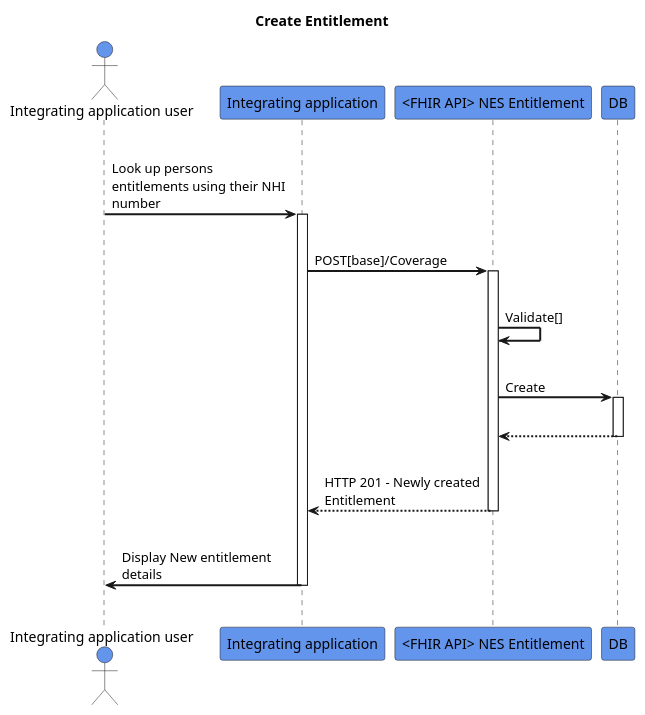
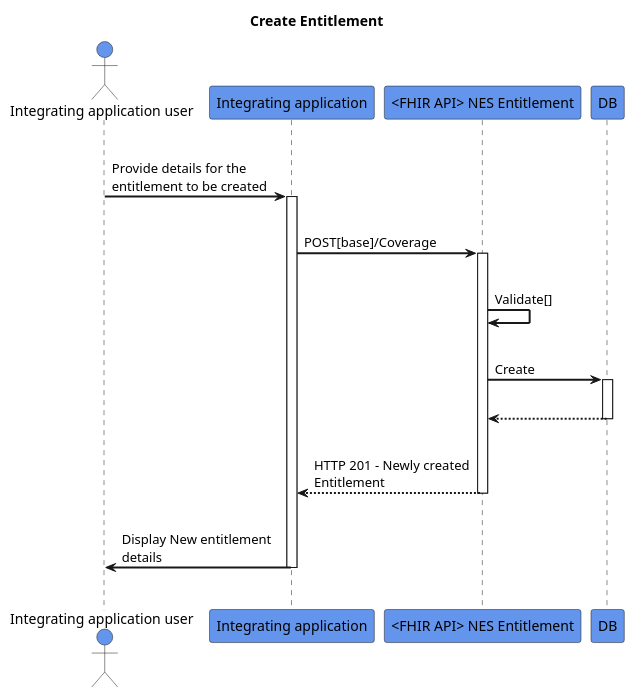
One commit to HL7NZ/nes-ig changed the diagram in input/images-source/create-entitlement.plantuml. Above: the diagram before and after it, drawn with PlantUML.

```diff
--- a/input/images-source/create-entitlement.plantuml
+++ b/input/images-source/create-entitlement.plantuml
@@ -1,32 +1,32 @@
 @startuml
 skinparam sequenceArrowThickness 2
 skinparam roundcorner 5
 skinparam maxmessagesize 180
 skinparam sequenceParticipant bold
 title Create Entitlement
 actor "Integrating application user" as User #CornflowerBlue
 participant "Integrating application" as A #CornflowerBlue
 participant "<FHIR API> NES Entitlement" as B #CornflowerBlue
 participant "DB" as C #CornflowerBlue
 |||
-User -> A: Look up persons entitlements using their NHI number
+User -> A: Provide details for the entitlement to be created
 activate A
 |||
 A -> B: POST[base]/Coverage
 activate B
 |||
 B -> B: Validate[]
 |||
 B -> C: Create
 activate C
 |||
 C -[dashed]-> B:  
 deactivate C
 |||
 B -[dashed]-> A: HTTP 201 - Newly created Entitlement
 deactivate B
 |||
 A -> User: Display New entitlement details
 deactivate A
 |||
 @enduml
```
